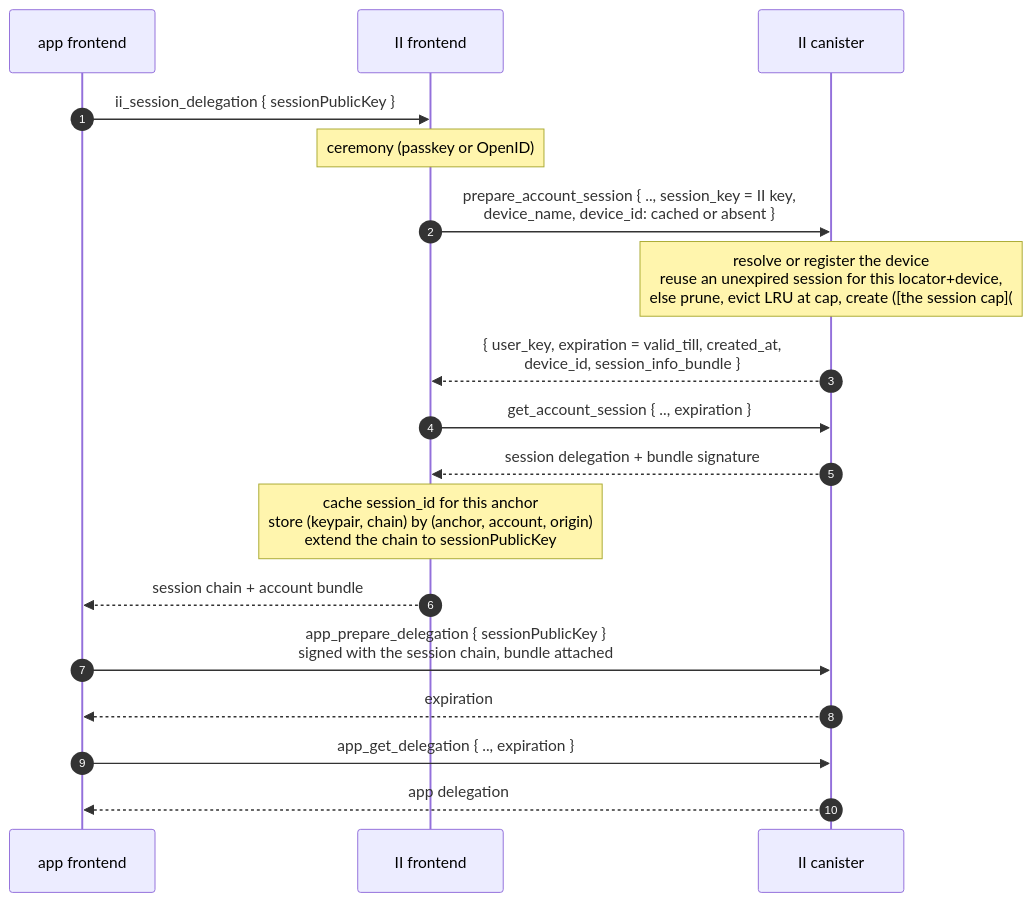
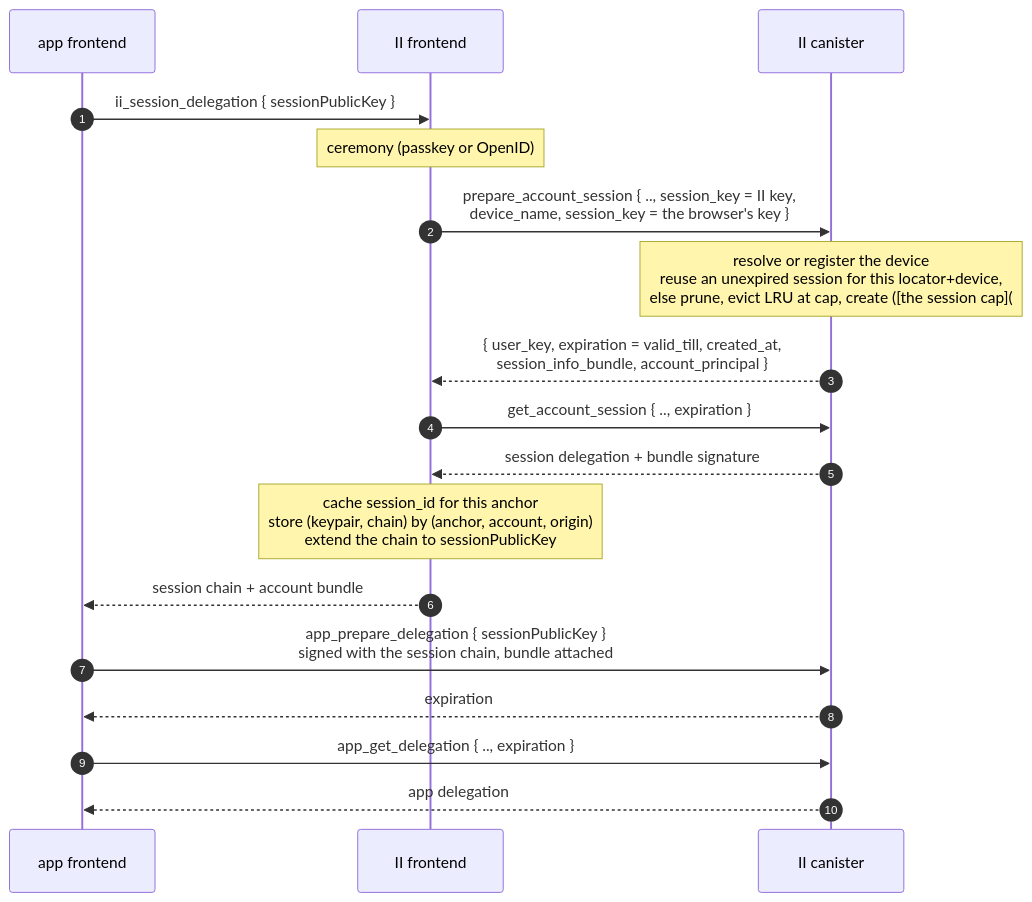
One commit to dfinity/internet-identity changed the third of 7 diagrams in docs/ongoing/revocable-app-sessions-spec.md. Above: the diagram before and after it, drawn with Mermaid. The commit also changed other lines of this file and 1 other file, not shown here.

````diff
--- a/docs/ongoing/revocable-app-sessions-spec.md
+++ b/docs/ongoing/revocable-app-sessions-spec.md
@@ -316,20 +315,20 @@
 ```mermaid
 sequenceDiagram
     autonumber
     participant App as app frontend
     participant IIF as II frontend
     participant IIC as II canister
     App->>IIF: ii_session_delegation { sessionPublicKey }
     Note over IIF: ceremony (passkey or OpenID)
-    IIF->>IIC: prepare_account_session { .., session_key = II key,<br/>device_name, device_id: cached or absent }
+    IIF->>IIC: prepare_account_session { .., session_key = II key,<br/>device_name, session_key = the browser's key }
     Note over IIC: resolve or register the device<br/>reuse an unexpired session for this locator+device,<br/>else prune, evict LRU at cap, create ([the session cap](#the-cap-evicts-it-never-blocks))
-    IIC-->>IIF: { user_key, expiration = valid_till, created_at,<br/>device_id, session_info_bundle }
+    IIC-->>IIF: { user_key, expiration = valid_till, created_at,<br/>session_info_bundle, account_principal }
     IIF->>IIC: get_account_session { .., expiration }
     IIC-->>IIF: session delegation + bundle signature
     Note over IIF: cache session_id for this anchor<br/>store (keypair, chain) by (anchor, account, origin)<br/>extend the chain to sessionPublicKey
     IIF-->>App: session chain + account bundle
     App->>IIC: app_prepare_delegation { sessionPublicKey }<br/>signed with the session chain, bundle attached
     IIC-->>App: expiration
     App->>IIC: app_get_delegation { .., expiration }
     IIC-->>App: app delegation
 ```
````
